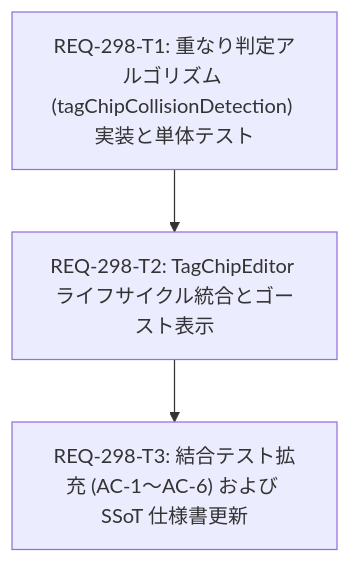
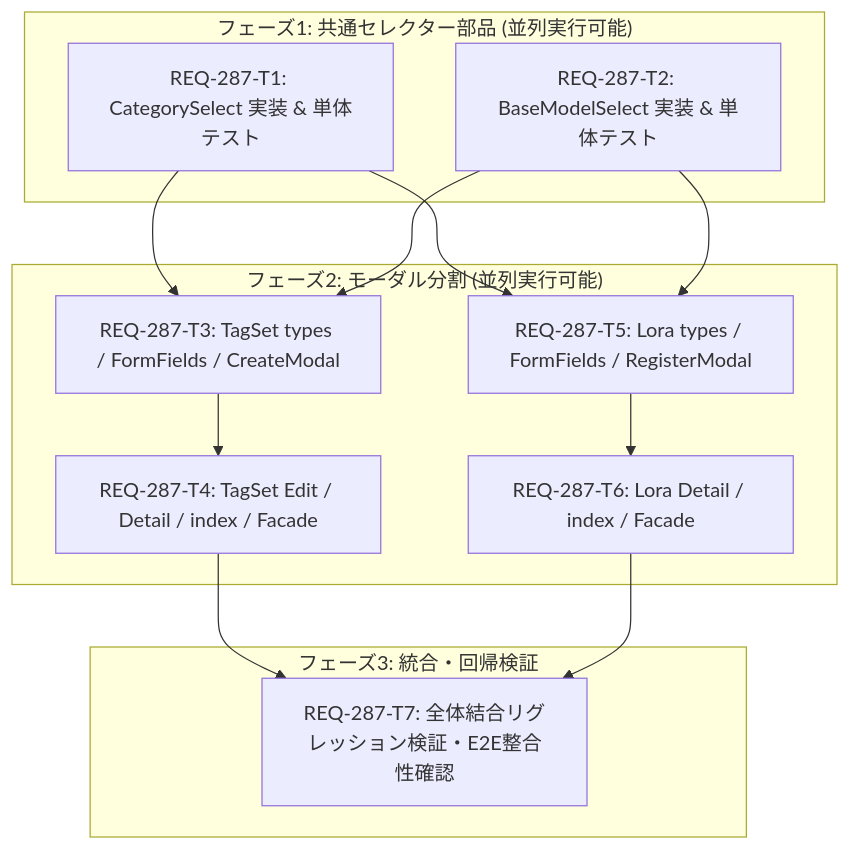
Before and after one commit to TAKE4548/comfy-create-helper2: the diagram in implementation_plan.md, drawn with Mermaid. The commit also changed other lines of this file and 90 other files, not shown here.

Commit message:
feat(REQ-287): complete implementation and verification

````diff
--- a/implementation_plan.md
+++ b/implementation_plan.md
@@ -22,8 +37,27 @@
 ```mermaid
 graph TD
-  T1["REQ-298-T1: 重なり判定アルゴリズム (tagChipCollisionDetection) 実装と単体テスト"]
-  T2["REQ-298-T2: TagChipEditor ライフサイクル統合とゴースト表示"]
-  T3["REQ-298-T3: 結合テスト拡充 (AC-1〜AC-6) および SSoT 仕様書更新"]
-  T1 --> T2
+  subgraph Phase1_Common["フェーズ1: 共通セレクター部品 (並列実行可能)"]
+    T1["REQ-287-T1: CategorySelect 実装 & 単体テスト"]
+    T2["REQ-287-T2: BaseModelSelect 実装 & 単体テスト"]
+  end
+
+  subgraph Phase2_Modals["フェーズ2: モーダル分割 (並列実行可能)"]
+    T3["REQ-287-T3: TagSet types / FormFields / CreateModal"]
+    T5["REQ-287-T5: Lora types / FormFields / RegisterModal"]
+    T4["REQ-287-T4: TagSet Edit / Detail / index / Facade"]
+    T6["REQ-287-T6: Lora Detail / index / Facade"]
+  end
+
+  subgraph Phase3_Verification["フェーズ3: 統合・回帰検証"]
+    T7["REQ-287-T7: 全体結合リグレッション検証・E2E整合性確認"]
+  end
+
+  T1 --> T3
   T2 --> T3
+  T1 --> T5
+  T2 --> T5
+  T3 --> T4
+  T5 --> T6
+  T4 --> T7
+  T6 --> T7
 ```
````
